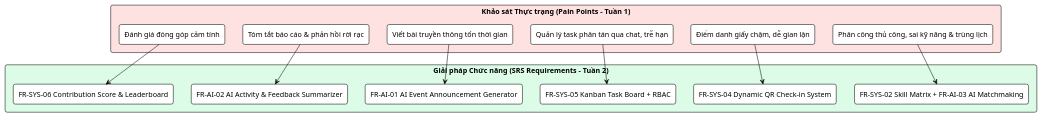
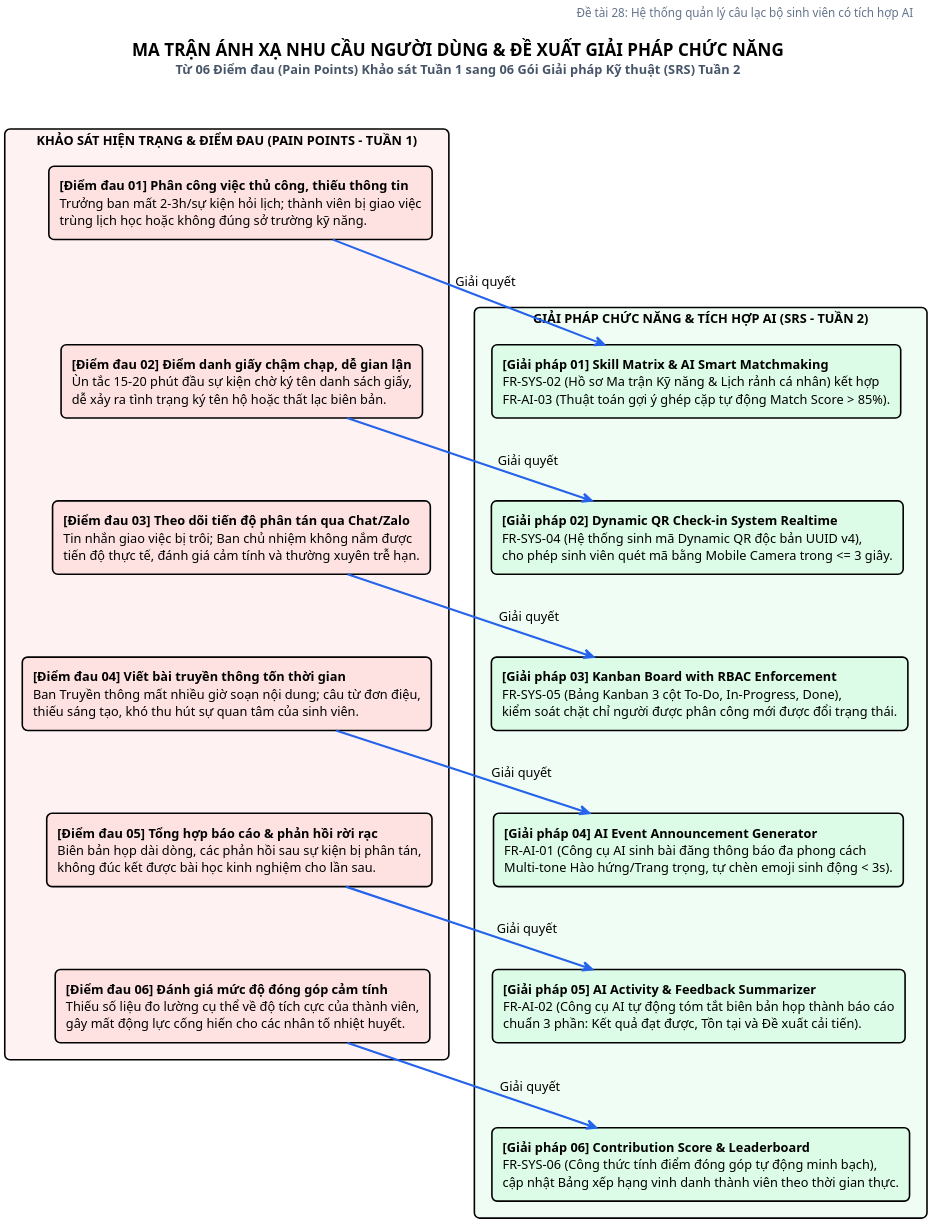
The diagram in docs/plantuml/painpoint_to_solution.puml (nda2801/Student_Club_Management), drawn with PlantUML before and after one commit. The commit also changed 310 other files, not shown here.

Commit message:
docs: update SDLC documentation, AI proofs, diagrams and system configuration

```diff
--- a/docs/plantuml/painpoint_to_solution.puml
+++ b/docs/plantuml/painpoint_to_solution.puml
@@ -1,31 +1,64 @@
 @startuml painpoint_to_solution
 !theme plain
 skinparam backgroundColor #FFFFFF
 skinparam shadowing false
-skinparam roundcorner 8
+skinparam roundcorner 10
+skinparam defaultFontName "Segoe UI"
+skinparam defaultFontSize 12
+skinparam dpi 200
 
-rectangle "Khảo sát Thực trạng (Pain Points - Tuần 1)" as PainPoints #FEE2E2 {
-    rectangle "Phân công thủ công, sai kỹ năng & trùng lịch" as P1
-    rectangle "Điểm danh giấy chậm, dễ gian lận" as P2
-    rectangle "Quản lý task phân tán qua chat, trễ hạn" as P3
-    rectangle "Viết bài truyền thông tốn thời gian" as P4
-    rectangle "Tóm tắt báo cáo & phản hồi rời rạc" as P5
-    rectangle "Đánh giá đóng góp cảm tính" as P6
+skinparam rectangle {
+    BorderThickness 1.5
 }
 
-rectangle "Giải pháp Chức năng (SRS Requirements - Tuần 2)" as Solutions #DCFCE7 {
-    rectangle "FR-SYS-02 Skill Matrix + FR-AI-03 AI Matchmaking" as S1
-    rectangle "FR-SYS-04 Dynamic QR Check-in System" as S2
-    rectangle "FR-SYS-05 Kanban Task Board + RBAC" as S3
-    rectangle "FR-AI-01 AI Event Announcement Generator" as S4
-    rectangle "FR-AI-02 AI Activity & Feedback Summarizer" as S5
-    rectangle "FR-SYS-06 Contribution Score & Leaderboard" as S6
+header <font color=#64748B size=11>Đề tài 28: Hệ thống quản lý câu lạc bộ sinh viên có tích hợp AI</font>
+title <size:16><b>MA TRẬN ÁNH XẠ NHU CẦU NGƯỜI DÙNG & ĐỀ XUẤT GIẢI PHÁP CHỨC NĂNG</b></size>\n<size:12><font color=#475569>Từ 06 Điểm đau (Pain Points) Khảo sát Tuần 1 sang 06 Gói Giải pháp Kỹ thuật (SRS) Tuần 2</font></size>\n
+
+rectangle "<b>KHẢO SÁT HIỆN TRẠNG & ĐIỂM ĐAU (PAIN POINTS - TUẦN 1)</b>" as PainPoints #FEF2F2 {
+    rectangle "<b>[Điểm đau 01] Phân công việc thủ công, thiếu thông tin</b>\nTrưởng ban mất 2-3h/sự kiện hỏi lịch; thành viên bị giao việc\ntrùng lịch học hoặc không đúng sở trường kỹ năng." as P1 #FEE2E2
+    
+    rectangle "<b>[Điểm đau 02] Điểm danh giấy chậm chạp, dễ gian lận</b>\nÙn tắc 15-20 phút đầu sự kiện chờ ký tên danh sách giấy,\ndễ xảy ra tình trạng ký tên hộ hoặc thất lạc biên bản." as P2 #FEE2E2
+    
+    rectangle "<b>[Điểm đau 03] Theo dõi tiến độ phân tán qua Chat/Zalo</b>\nTin nhắn giao việc bị trôi; Ban chủ nhiệm không nắm được\ntiến độ thực tế, đánh giá cảm tính và thường xuyên trễ hạn." as P3 #FEE2E2
+    
+    rectangle "<b>[Điểm đau 04] Viết bài truyền thông tốn thời gian</b>\nBan Truyền thông mất nhiều giờ soạn nội dung; câu từ đơn điệu,\nthiếu sáng tạo, khó thu hút sự quan tâm của sinh viên." as P4 #FEE2E2
+    
+    rectangle "<b>[Điểm đau 05] Tổng hợp báo cáo & phản hồi rời rạc</b>\nBiên bản họp dài dòng, các phản hồi sau sự kiện bị phân tán,\nkhông đúc kết được bài học kinh nghiệm cho lần sau." as P5 #FEE2E2
+    
+    rectangle "<b>[Điểm đau 06] Đánh giá mức độ đóng góp cảm tính</b>\nThiếu số liệu đo lường cụ thể về độ tích cực của thành viên,\ngây mất động lực cống hiến cho các nhân tố nhiệt huyết." as P6 #FEE2E2
+
+    P1 -[hidden]down-> P2
+    P2 -[hidden]down-> P3
+    P3 -[hidden]down-> P4
+    P4 -[hidden]down-> P5
+    P5 -[hidden]down-> P6
 }
 
-P1 --> S1
-P2 --> S2
-P3 --> S3
-P4 --> S4
-P5 --> S5
-P6 --> S6
+rectangle "<b>GIẢI PHÁP CHỨC NĂNG & TÍCH HỢP AI (SRS - TUẦN 2)</b>" as Solutions #F0FDF4 {
+    rectangle "<b>[Giải pháp 01] Skill Matrix & AI Smart Matchmaking</b>\nFR-SYS-02 (Hồ sơ Ma trận Kỹ năng & Lịch rảnh cá nhân) kết hợp\nFR-AI-03 (Thuật toán gợi ý ghép cặp tự động Match Score > 85%)." as S1 #DCFCE7
+    
+    rectangle "<b>[Giải pháp 02] Dynamic QR Check-in System Realtime</b>\nFR-SYS-04 (Hệ thống sinh mã Dynamic QR độc bản UUID v4),\ncho phép sinh viên quét mã bằng Mobile Camera trong <= 3 giây." as S2 #DCFCE7
+    
+    rectangle "<b>[Giải pháp 03] Kanban Board with RBAC Enforcement</b>\nFR-SYS-05 (Bảng Kanban 3 cột To-Do, In-Progress, Done),\nkiểm soát chặt chỉ người được phân công mới được đổi trạng thái." as S3 #DCFCE7
+    
+    rectangle "<b>[Giải pháp 04] AI Event Announcement Generator</b>\nFR-AI-01 (Công cụ AI sinh bài đăng thông báo đa phong cách\nMulti-tone Hào hứng/Trang trọng, tự chèn emoji sinh động < 3s)." as S4 #DCFCE7
+    
+    rectangle "<b>[Giải pháp 05] AI Activity & Feedback Summarizer</b>\nFR-AI-02 (Công cụ AI tự động tóm tắt biên bản họp thành báo cáo\nchuẩn 3 phần: Kết quả đạt được, Tồn tại và Đề xuất cải tiến)." as S5 #DCFCE7
+    
+    rectangle "<b>[Giải pháp 06] Contribution Score & Leaderboard</b>\nFR-SYS-06 (Công thức tính điểm đóng góp tự động minh bạch),\ncập nhật Bảng xếp hạng vinh danh thành viên theo thời gian thực." as S6 #DCFCE7
+
+    S1 -[hidden]down-> S2
+    S2 -[hidden]down-> S3
+    S3 -[hidden]down-> S4
+    S4 -[hidden]down-> S5
+    S5 -[hidden]down-> S6
+}
+
+P1 -[#2563EB,bold]-> S1 : Giải quyết
+P2 -[#2563EB,bold]-> S2 : Giải quyết
+P3 -[#2563EB,bold]-> S3 : Giải quyết
+P4 -[#2563EB,bold]-> S4 : Giải quyết
+P5 -[#2563EB,bold]-> S5 : Giải quyết
+P6 -[#2563EB,bold]-> S6 : Giải quyết
+
 @enduml
```
